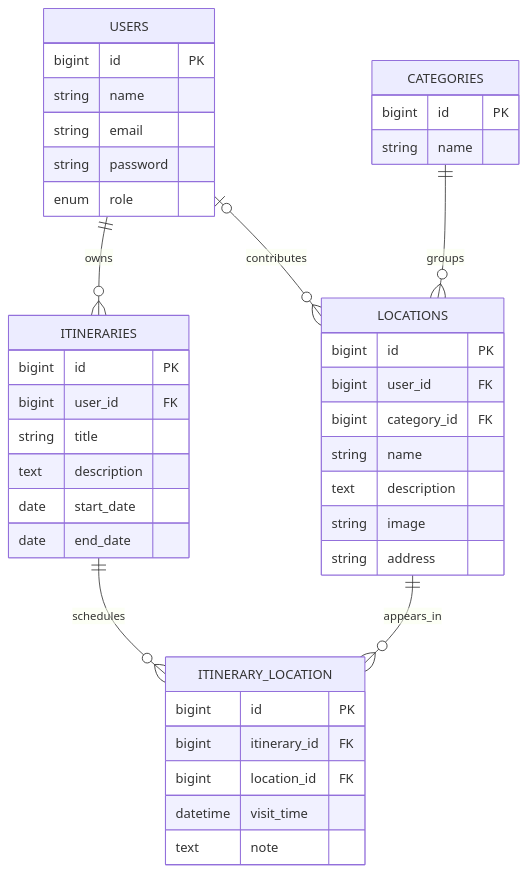
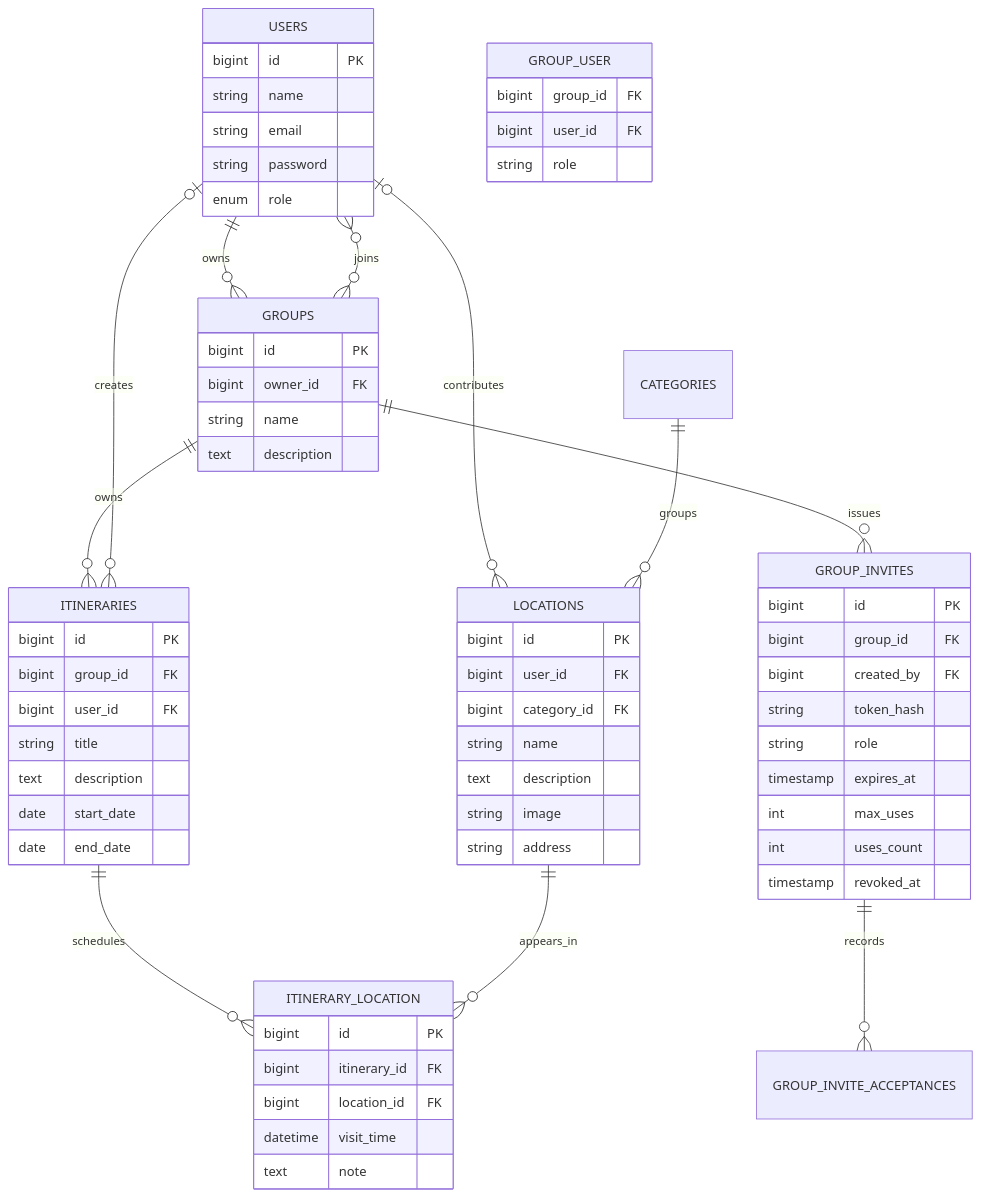
One commit to cloodei/cnweb changed the second of 2 diagrams in docs/CODEBASE_GUIDE.md. Above: the diagram before and after it, drawn with Mermaid. The commit also changed other lines of this file and 44 other files, not shown here.

Commit message:
up groups instead of link sharing, personalize on group features and authorization

````diff
--- a/docs/CODEBASE_GUIDE.md
+++ b/docs/CODEBASE_GUIDE.md
@@ -113,44 +131,68 @@
 ```mermaid
 erDiagram
-    USERS ||--o{ ITINERARIES : owns
+    USERS ||--o{ GROUPS : owns
+    USERS }o--o{ GROUPS : joins
+    GROUPS ||--o{ ITINERARIES : owns
+    GROUPS ||--o{ GROUP_INVITES : issues
+    GROUP_INVITES ||--o{ GROUP_INVITE_ACCEPTANCES : records
     USERS o|--o{ LOCATIONS : contributes
+    USERS o|--o{ ITINERARIES : creates
     CATEGORIES ||--o{ LOCATIONS : groups
     ITINERARIES ||--o{ ITINERARY_LOCATION : schedules
     LOCATIONS ||--o{ ITINERARY_LOCATION : appears_in
 
     USERS {
         bigint id PK
         string name
         string email
         string password
         enum role
     }
-    CATEGORIES {
+    GROUPS {
         bigint id PK
+        bigint owner_id FK
         string name
+        text description
+    }
+    GROUP_USER {
+        bigint group_id FK
+        bigint user_id FK
+        string role
+    }
+    GROUP_INVITES {
+        bigint id PK
+        bigint group_id FK
+        bigint created_by FK
+        string token_hash
+        string role
+        timestamp expires_at
+        int max_uses
+        int uses_count
+        timestamp revoked_at
     }
     LOCATIONS {
         bigint id PK
         bigint user_id FK
         bigint category_id FK
         string name
         text description
         string image
         string address
     }
     ITINERARIES {
         bigint id PK
+        bigint group_id FK
         bigint user_id FK
         string title
         text description
         date start_date
         date end_date
     }
     ITINERARY_LOCATION {
         bigint id PK
         bigint itinerary_id FK
         bigint location_id FK
         datetime visit_time
         text note
     }
 ```
````
